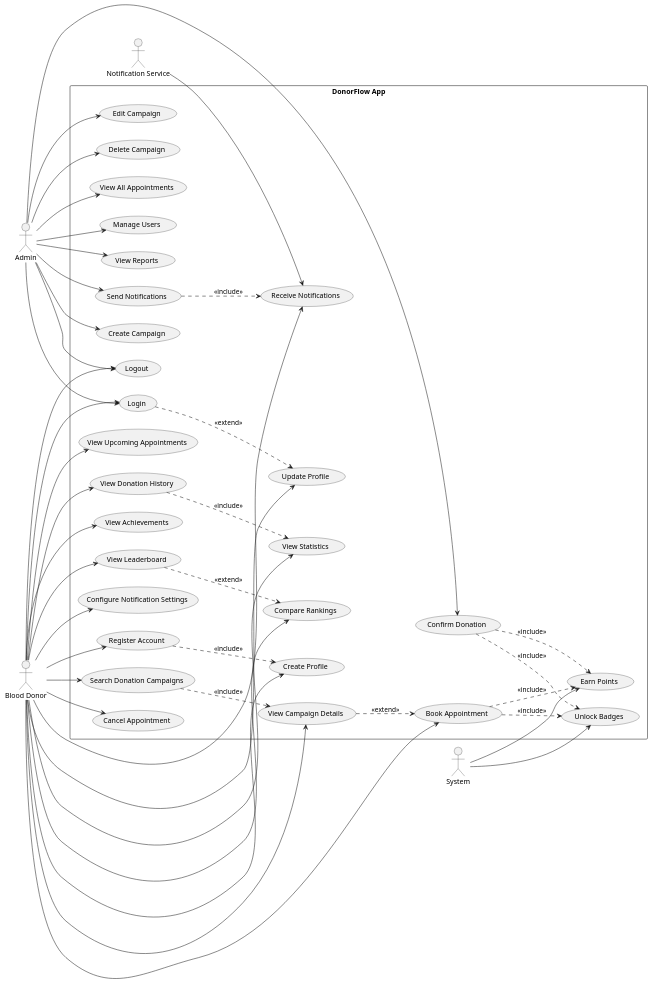
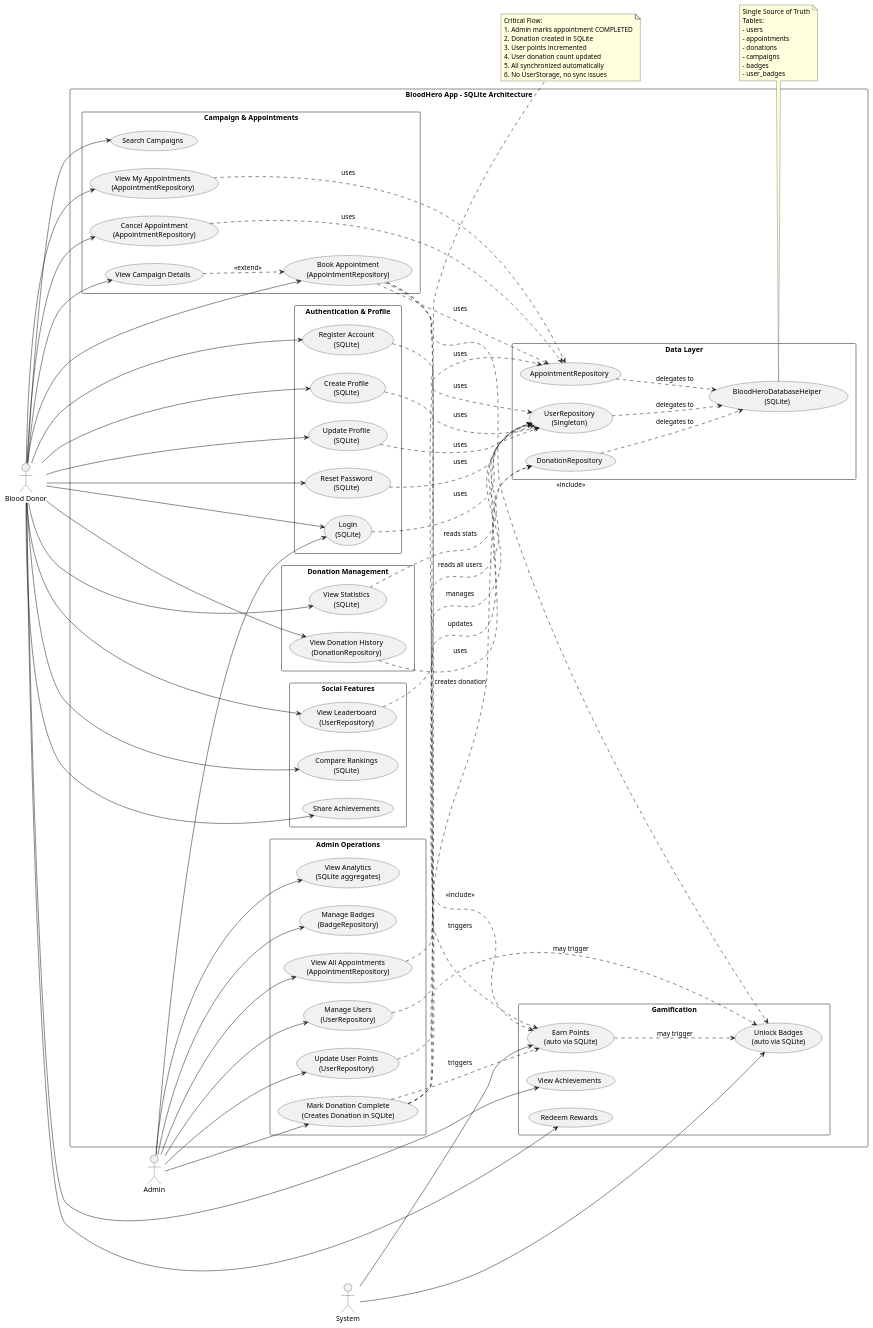
One commit to Ayaindeed/BloodHero changed the diagram in Assets/usecase_diagram.puml. Above: the diagram before and after it, drawn with PlantUML. The commit also changed 78 other files, not shown here.

Commit message:
sqlite migration, bug fixes, added features

```diff
--- a/Assets/usecase_diagram.puml
+++ b/Assets/usecase_diagram.puml
@@ -1,110 +1,151 @@
-@startuml DonorFlow Use Cases
+@startuml BloodHero Use Cases - SQLite Architecture
 
 left to right direction
 skinparam packageStyle rectangle
 
 actor "Blood Donor" as donor
 actor "Admin" as admin
 actor "System" as system
-actor "Notification Service" as notification
 
-rectangle "DonorFlow App" {
+rectangle "BloodHero App - SQLite Architecture" {
   
-  usecase "Register Account" as UC1
-  usecase "Login" as UC2
-  usecase "Create Profile" as UC3
-  usecase "Update Profile" as UC4
+  package "Authentication & Profile" {
+    usecase "Register Account\n(SQLite)" as UC1
+    usecase "Login\n(SQLite)" as UC2
+    usecase "Create Profile\n(SQLite)" as UC3
+    usecase "Update Profile\n(SQLite)" as UC4
+    usecase "Reset Password\n(SQLite)" as UC19
+  }
   
-  usecase "Search Donation Campaigns" as UC5
-  usecase "View Campaign Details" as UC6
-  usecase "Book Appointment" as UC7
-  usecase "Cancel Appointment" as UC8
-  usecase "View Upcoming Appointments" as UC9
+  package "Campaign & Appointments" {
+    usecase "Search Campaigns" as UC5
+    usecase "View Campaign Details" as UC6
+    usecase "Book Appointment\n(AppointmentRepository)" as UC7
+    usecase "Cancel Appointment\n(AppointmentRepository)" as UC8
+    usecase "View My Appointments\n(AppointmentRepository)" as UC9
+  }
   
-  usecase "View Donation History" as UC10
-  usecase "View Statistics" as UC11
+  package "Donation Management" {
+    usecase "View Donation History\n(DonationRepository)" as UC10
+    usecase "View Statistics\n(SQLite)" as UC11
+  }
   
-  usecase "Earn Points" as UC12
-  usecase "Unlock Badges" as UC13
-  usecase "View Achievements" as UC14
+  package "Gamification" {
+    usecase "Earn Points\n(auto via SQLite)" as UC12
+    usecase "Unlock Badges\n(auto via SQLite)" as UC13
+    usecase "View Achievements" as UC14
+    usecase "Redeem Rewards" as UC15
+  }
   
-  usecase "View Leaderboard" as UC15
-  usecase "Compare Rankings" as UC16
+  package "Social Features" {
+    usecase "View Leaderboard\n(UserRepository)" as UC16
+    usecase "Compare Rankings\n(SQLite)" as UC17
+    usecase "Share Achievements" as UC18
+  }
   
-  usecase "Receive Notifications" as UC17
-  usecase "Configure Notification Settings" as UC18
+  package "Admin Operations" {
+    usecase "View All Appointments\n(AppointmentRepository)" as UC20
+    usecase "Mark Donation Complete\n(Creates Donation in SQLite)" as UC21
+    usecase "Update User Points\n(UserRepository)" as UC22
+    usecase "Manage Users\n(UserRepository)" as UC23
+    usecase "View Analytics\n(SQLite aggregates)" as UC24
+    usecase "Manage Badges\n(BadgeRepository)" as UC25
+  }
   
-  usecase "Logout" as UC19
-  
-  ' Admin Use Cases
-  usecase "Create Campaign" as UC20
-  usecase "Edit Campaign" as UC21
-  usecase "Delete Campaign" as UC22
-  usecase "View All Appointments" as UC23
-  usecase "Confirm Donation" as UC24
-  usecase "Manage Users" as UC25
-  usecase "View Reports" as UC26
-  usecase "Send Notifications" as UC27
+  package "Data Layer" {
+    usecase "UserRepository\n(Singleton)" as DATA1
+    usecase "AppointmentRepository" as DATA2
+    usecase "DonationRepository" as DATA3
+    usecase "BloodHeroDatabaseHelper\n(SQLite)" as DATA4
+  }
   
 }
 
-' Authentication and Profile Management
+' Donor Flows
 donor --> UC1
 donor --> UC2
 donor --> UC3
 donor --> UC4
-
-' Campaign and Appointment Management
 donor --> UC5
 donor --> UC6
 donor --> UC7
 donor --> UC8
 donor --> UC9
-
-' History and Statistics
 donor --> UC10
 donor --> UC11
-
-' Gamification
 donor --> UC14
-system --> UC12
-system --> UC13
-
-' Leaderboard
 donor --> UC15
 donor --> UC16
-
-' Notifications
 donor --> UC17
 donor --> UC18
-notification --> UC17
-
-' Session Management
 donor --> UC19
 
-' Admin Operations
+' Admin Flows
 admin --> UC2
 admin --> UC20
 admin --> UC21
 admin --> UC22
 admin --> UC23
 admin --> UC24
 admin --> UC25
-admin --> UC26
-admin --> UC27
-admin --> UC19
 
-' Relationships
-UC1 ..> UC3 : <<include>>
-UC2 ..> UC4 : <<extend>>
-UC5 ..> UC6 : <<include>>
+' System automated flows
+system --> UC12
+system --> UC13
+
+' Data layer dependencies
+UC1 ..> DATA1 : uses
+UC2 ..> DATA1 : uses
+UC3 ..> DATA1 : uses
+UC4 ..> DATA1 : uses
+UC19 ..> DATA1 : uses
+
+UC7 ..> DATA2 : uses
+UC8 ..> DATA2 : uses
+UC9 ..> DATA2 : uses
+UC20 ..> DATA2 : uses
+
+UC10 ..> DATA3 : uses
+UC21 ..> DATA3 : creates donation
+
+UC11 ..> DATA1 : reads stats
+UC16 ..> DATA1 : reads all users
+UC23 ..> DATA1 : manages
+UC22 ..> DATA1 : updates
+
+DATA1 ..> DATA4 : delegates to
+DATA2 ..> DATA4 : delegates to
+DATA3 ..> DATA4 : delegates to
+
+' Key relationships
+UC7 ..> UC12 : triggers
+UC21 ..> UC12 : triggers
+UC21 ..> UC13 : may trigger
+UC12 ..> UC13 : may trigger
+
+note right of UC21
+  Critical Flow:
+  1. Admin marks appointment COMPLETED
+  2. Donation created in SQLite
+  3. User points incremented
+  4. User donation count updated
+  5. All synchronized automatically
+  6. No UserStorage, no sync issues
+end note
+
+note bottom of DATA4
+  Single Source of Truth
+  Tables:
+  - users
+  - appointments  
+  - donations
+  - campaigns
+  - badges
+  - user_badges
+end note
+
 UC6 ..> UC7 : <<extend>>
 UC7 ..> UC12 : <<include>>
 UC7 ..> UC13 : <<include>>
-UC10 ..> UC11 : <<include>>
-UC15 ..> UC16 : <<extend>>
-UC24 ..> UC12 : <<include>>
-UC24 ..> UC13 : <<include>>
-UC27 ..> UC17 : <<include>>
 
 @enduml
```
